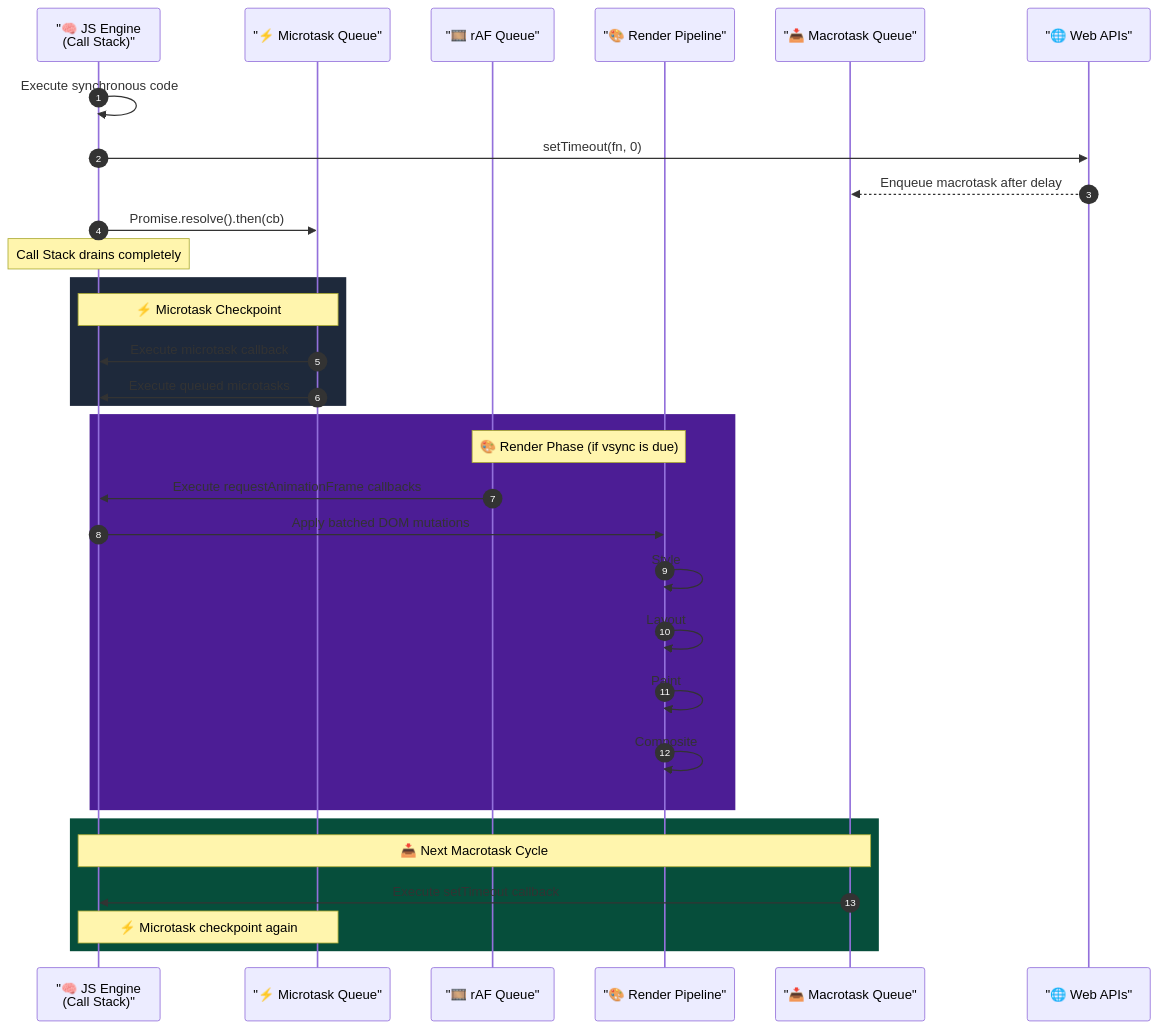
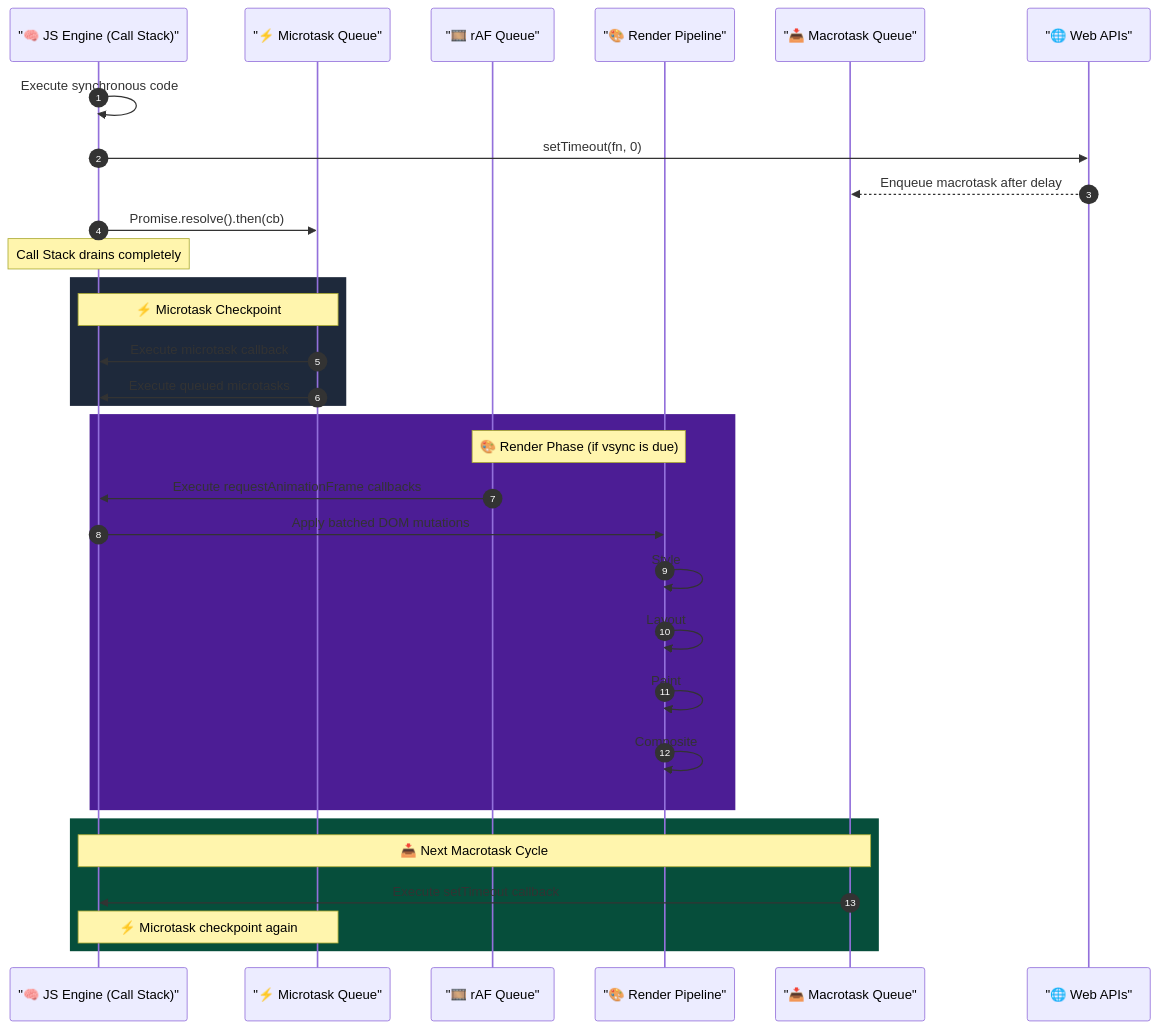
The second of 2 diagrams in data/topics/event-loop-microtasks-macrotasks.md (vinayakhumberi/litmus), drawn with Mermaid before and after one commit. The commit also changed other lines of this file and 68 other files, not shown here.

````diff
--- a/data/topics/event-loop-microtasks-macrotasks.md
+++ b/data/topics/event-loop-microtasks-macrotasks.md
@@ -230,50 +230,50 @@
 ```mermaid
 sequenceDiagram
     autonumber
 
-    participant Script as "🧠 JS Engine<br/>(Call Stack)"
+    participant Script as "🧠 JS Engine (Call Stack)"
     participant MQ as "⚡ Microtask Queue"
     participant RAF as "🎞️ rAF Queue"
     participant Render as "🎨 Render Pipeline"
     participant TQ as "📥 Macrotask Queue"
     participant WAPI as "🌐 Web APIs"
 
     %% ===== Sync Execution =====
     Script->>Script: Execute synchronous code
     Script->>WAPI: setTimeout(fn, 0)
     WAPI-->>TQ: Enqueue macrotask after delay
 
     Script->>MQ: Promise.resolve().then(cb)
 
     Note over Script: Call Stack drains completely
 
     %% ===== Microtask Checkpoint =====
     rect rgb(30, 41, 59)
         Note over MQ,Script: ⚡ Microtask Checkpoint
 
         MQ->>Script: Execute microtask callback
         MQ->>Script: Execute queued microtasks
     end
 
     %% ===== Render Phase =====
     rect rgb(76, 29, 149)
         Note over RAF,Render: 🎨 Render Phase (if vsync is due)
 
         RAF->>Script: Execute requestAnimationFrame callbacks
         Script->>Render: Apply batched DOM mutations
 
         Render->>Render: Style
         Render->>Render: Layout
         Render->>Render: Paint
         Render->>Render: Composite
     end
 
     %% ===== Next Macrotask =====
     rect rgb(6, 78, 59)
         Note over TQ,Script: 📥 Next Macrotask Cycle
 
         TQ->>Script: Execute setTimeout callback
 
         Note over MQ,Script: ⚡ Microtask checkpoint again
     end
 ```
````
